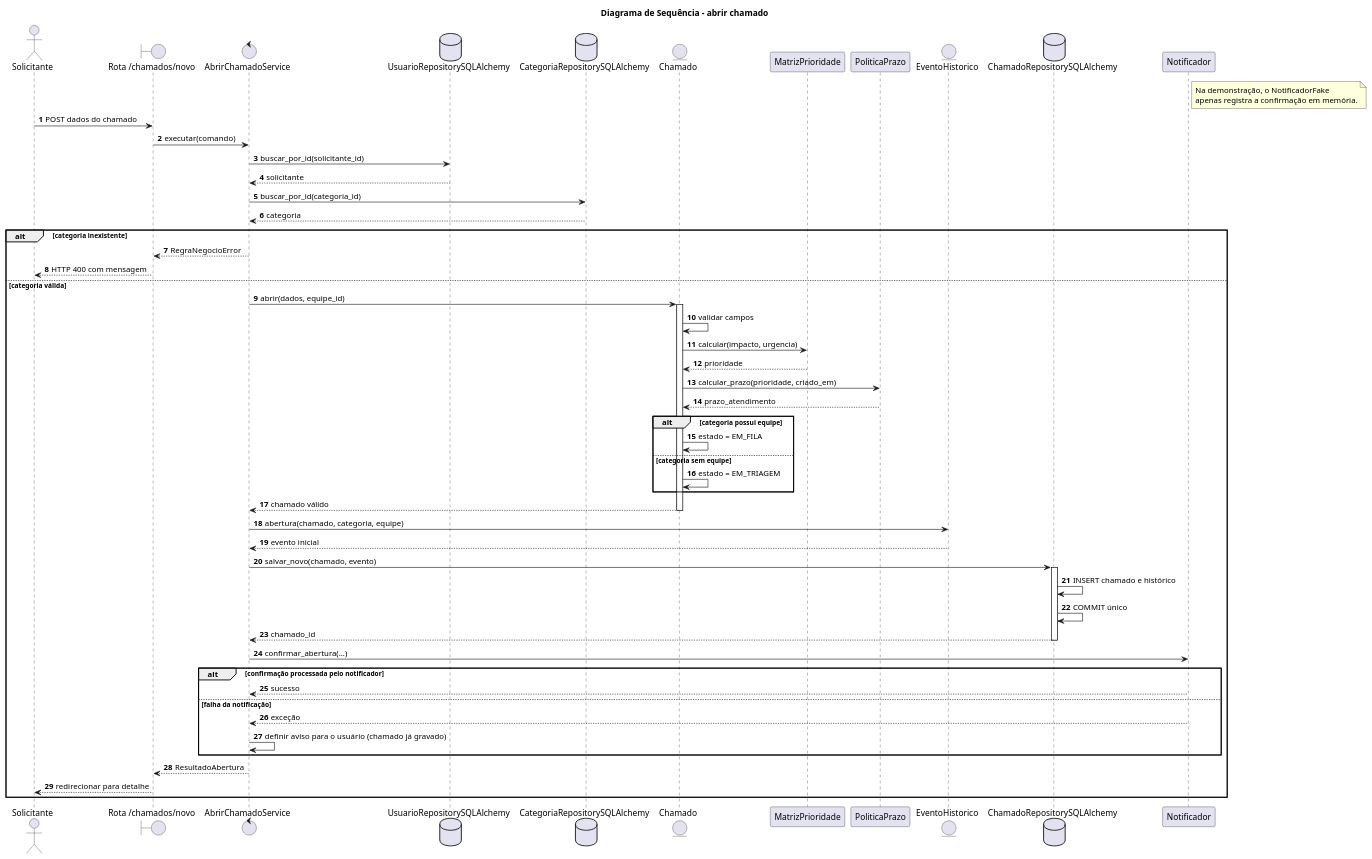
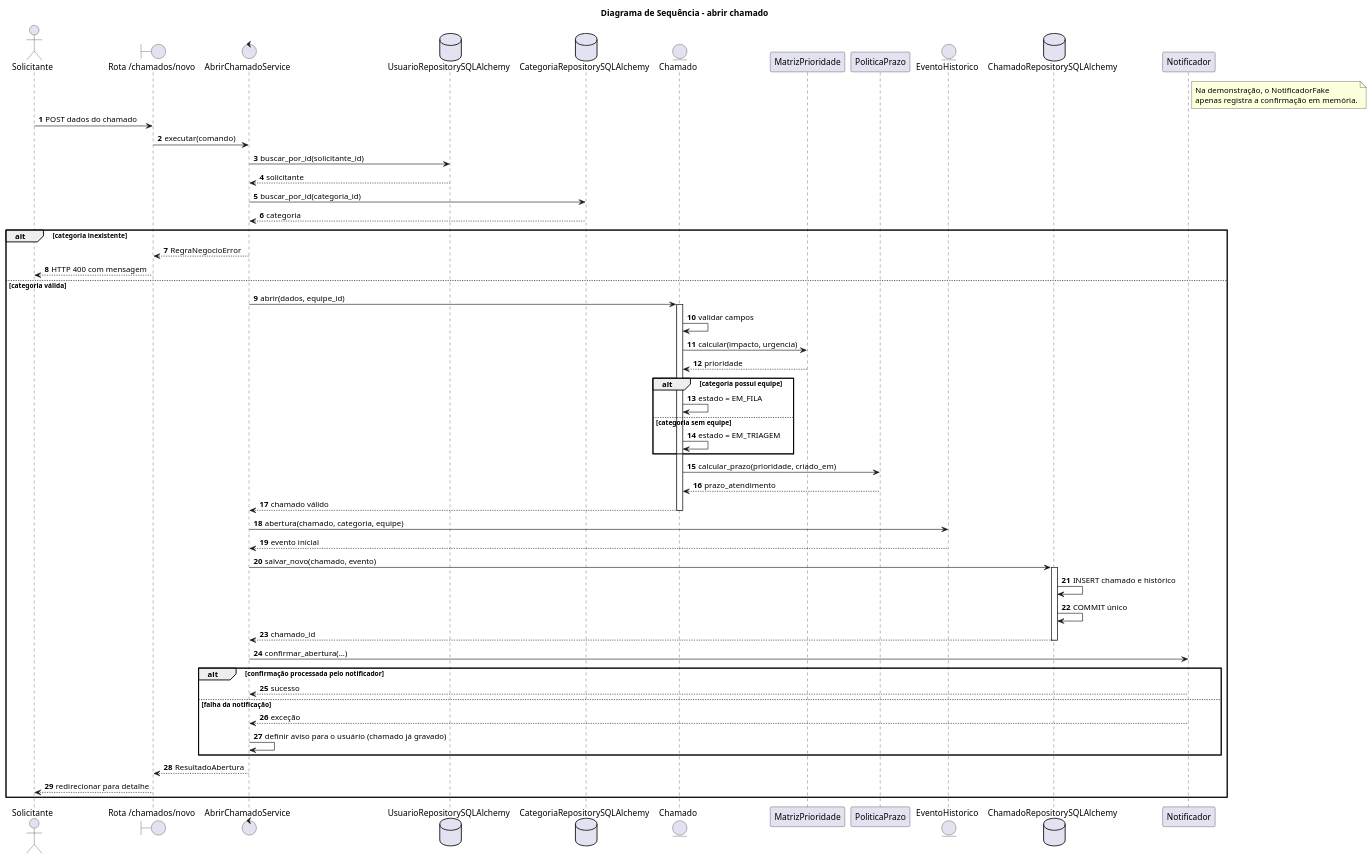
The diagram in docs/diagramas/sequencia.puml (ricardobacano/Trabalho-Design-), drawn with PlantUML before and after one commit. The commit also changed other lines of this file and 8 other files, not shown here.

Commit message:
Alinha integridade SQLite, diagramas e análise arquitetural

```diff
--- a/docs/diagramas/sequencia.puml
+++ b/docs/diagramas/sequencia.puml
@@ -1,67 +1,67 @@
 @startuml
 title Diagrama de Sequência - abrir chamado
 autonumber
 
 actor Solicitante
 boundary "Rota /chamados/novo" as Rota
 control AbrirChamadoService as Service
 database UsuarioRepositorySQLAlchemy as UserRepo
 database CategoriaRepositorySQLAlchemy as CatRepo
 entity Chamado
 participant MatrizPrioridade as Matriz
 participant PoliticaPrazo as Prazo
 entity EventoHistorico
 database ChamadoRepositorySQLAlchemy as ChamadoRepo
 participant Notificador as Notificador
 
 note right of Notificador
   Na demonstração, o NotificadorFake
   apenas registra a confirmação em memória.
 end note
 
 Solicitante -> Rota: POST dados do chamado
 Rota -> Service: executar(comando)
 Service -> UserRepo: buscar_por_id(solicitante_id)
 UserRepo --> Service: solicitante
 Service -> CatRepo: buscar_por_id(categoria_id)
 CatRepo --> Service: categoria
 
 alt categoria inexistente
   Service --> Rota: RegraNegocioError
   Rota --> Solicitante: HTTP 400 com mensagem
 else categoria válida
   Service -> Chamado: abrir(dados, equipe_id)
   activate Chamado
   Chamado -> Chamado: validar campos
   Chamado -> Matriz: calcular(impacto, urgencia)
   Matriz --> Chamado: prioridade
-  Chamado -> Prazo: calcular_prazo(prioridade, criado_em)
-  Prazo --> Chamado: prazo_atendimento
   alt categoria possui equipe
     Chamado -> Chamado: estado = EM_FILA
   else categoria sem equipe
     Chamado -> Chamado: estado = EM_TRIAGEM
   end
+  Chamado -> Prazo: calcular_prazo(prioridade, criado_em)
+  Prazo --> Chamado: prazo_atendimento
   Chamado --> Service: chamado válido
   deactivate Chamado
 
   Service -> EventoHistorico: abertura(chamado, categoria, equipe)
   EventoHistorico --> Service: evento inicial
   Service -> ChamadoRepo: salvar_novo(chamado, evento)
   activate ChamadoRepo
   ChamadoRepo -> ChamadoRepo: INSERT chamado e histórico
   ChamadoRepo -> ChamadoRepo: COMMIT único
   ChamadoRepo --> Service: chamado_id
   deactivate ChamadoRepo
 
   Service -> Notificador: confirmar_abertura(...)
   alt confirmação processada pelo notificador
     Notificador --> Service: sucesso
   else falha da notificação
     Notificador --> Service: exceção
     Service -> Service: definir aviso para o usuário (chamado já gravado)
   end
   Service --> Rota: ResultadoAbertura
   Rota --> Solicitante: redirecionar para detalhe
 end
 @enduml
```
